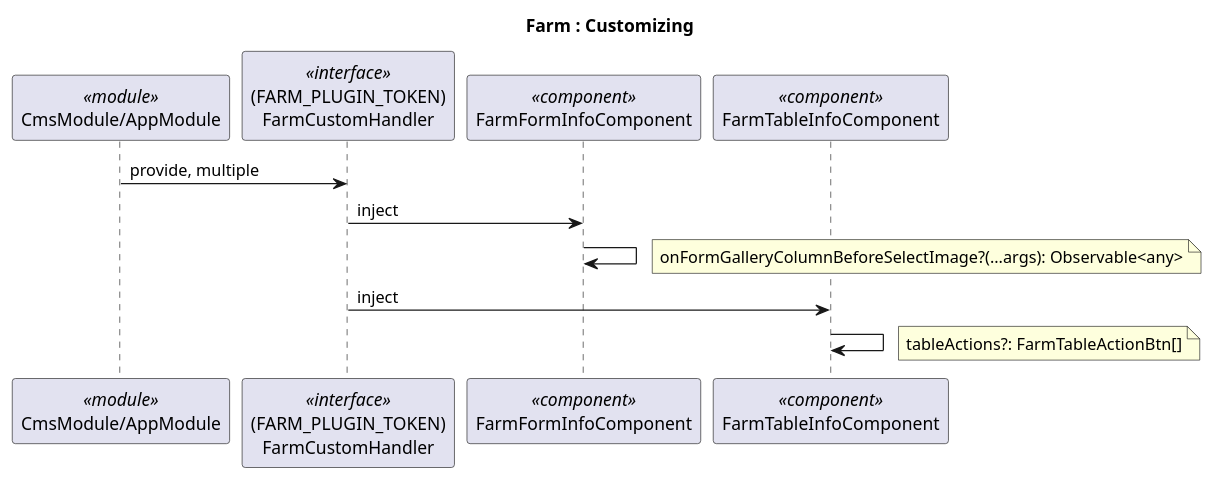
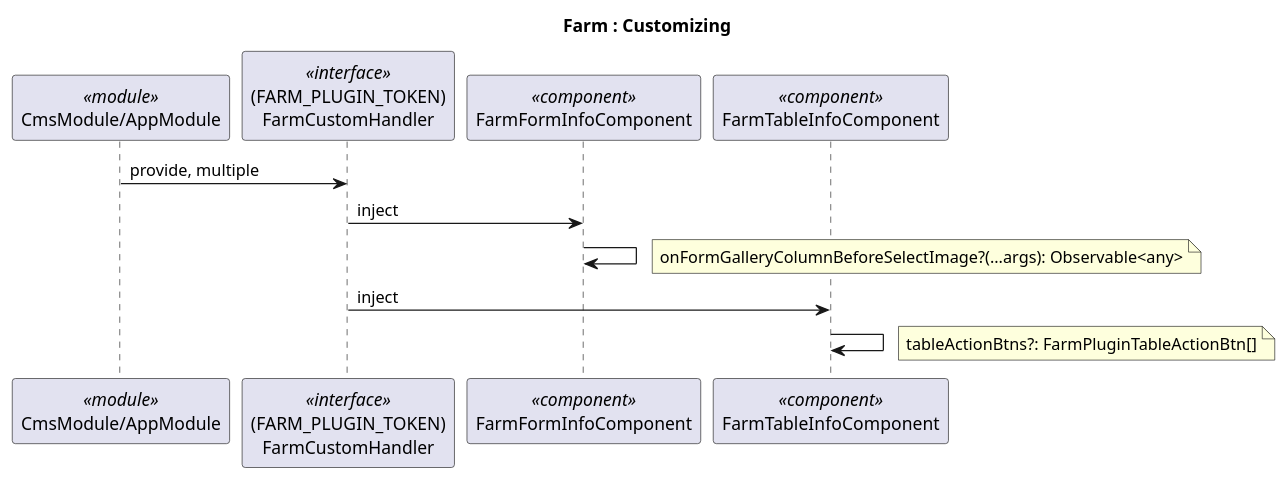
Before and after one commit to jef15938/CMS-4.0_FE-githubActions: the diagram in cms/diagram/farm/5.farm-customizing.wsd, drawn with PlantUML. The commit also changed 6 other files, not shown here.

Commit message:
farm plugin 增加功能

```diff
--- a/cms/diagram/farm/5.farm-customizing.wsd
+++ b/cms/diagram/farm/5.farm-customizing.wsd
@@ -1,19 +1,19 @@
 @startuml
 
 Title Farm : Customizing
 participant "CmsModule/AppModule" as module << module >>
 participant "(FARM_PLUGIN_TOKEN)\nFarmCustomHandler" as customHandler << interface >>
 participant "FarmFormInfoComponent" as formInfo << component >>
 participant "FarmTableInfoComponent" as tableInfo << component >>
 
 module -> customHandler: provide, multiple
 
 customHandler -> formInfo: inject
 formInfo -> formInfo
 note right: onFormGalleryColumnBeforeSelectImage?(...args): Observable<any>
 
 customHandler -> tableInfo: inject
 tableInfo -> tableInfo
-note right: tableActions?: FarmTableActionBtn[]
+note right: tableActionBtns?: FarmPluginTableActionBtn[]
 
 @enduml
```
